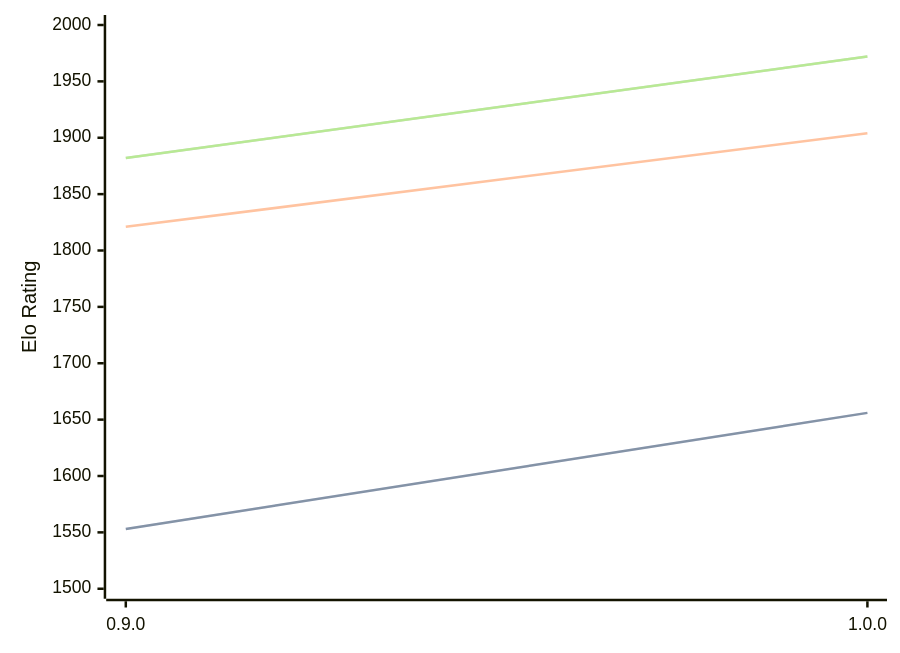
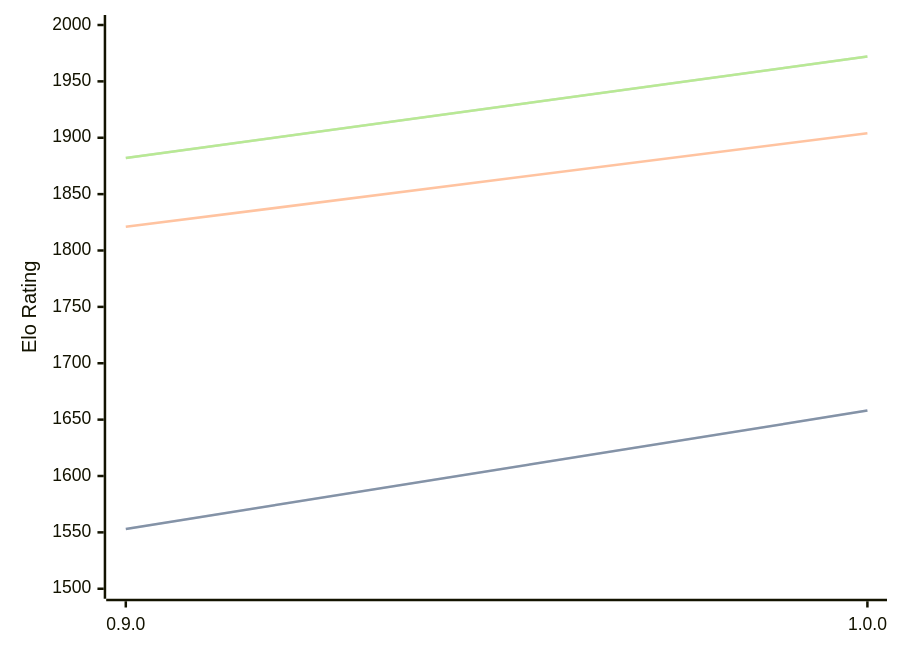
One commit to computer-chess-index/cci changed the diagram in engines/Ratsu.md. Above: the diagram before and after it, drawn with Mermaid. The commit also changed other lines of this file, not shown here.

Commit message:
Update CCI Ratings (ELO VLTC) - 2026-04-07

````diff
--- a/engines/Ratsu.md
+++ b/engines/Ratsu.md
@@ -32,11 +32,11 @@
 ```mermaid
 %%{init: {"theme":"base","themeVariables":{"seriesColors:['#a3a3a3','#222221','#faa371']}}}%%
 xychart-beta
   x-axis ["0.9.0", "1.0.0"]
   y-axis "Elo Rating" 1500 --> 2000
-  line "STC (8.0+0.08s)" [1553, 1656]
-  line "STC (8.0+0.08s)" [1553, 1656]
+  line "STC (8.0+0.08s)" [1553, 1658]
+  line "STC (8.0+0.08s)" [1553, 1658]
   line "LTC (60.0+0.60s)" [1821, 1904]
   line "VLTC (2m24s+1.12s)" [1882, 1972]
   line "VLTC (2m24s+1.12s)" [1882, 1972]
 ```
````
